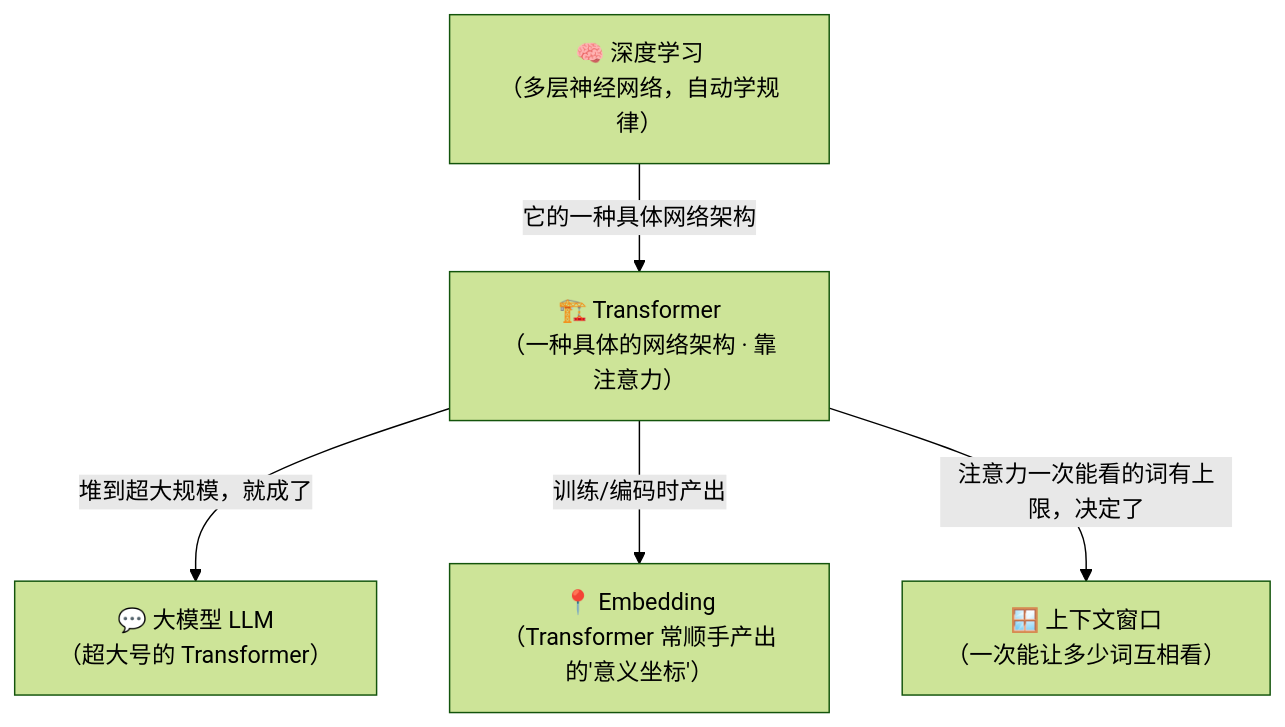
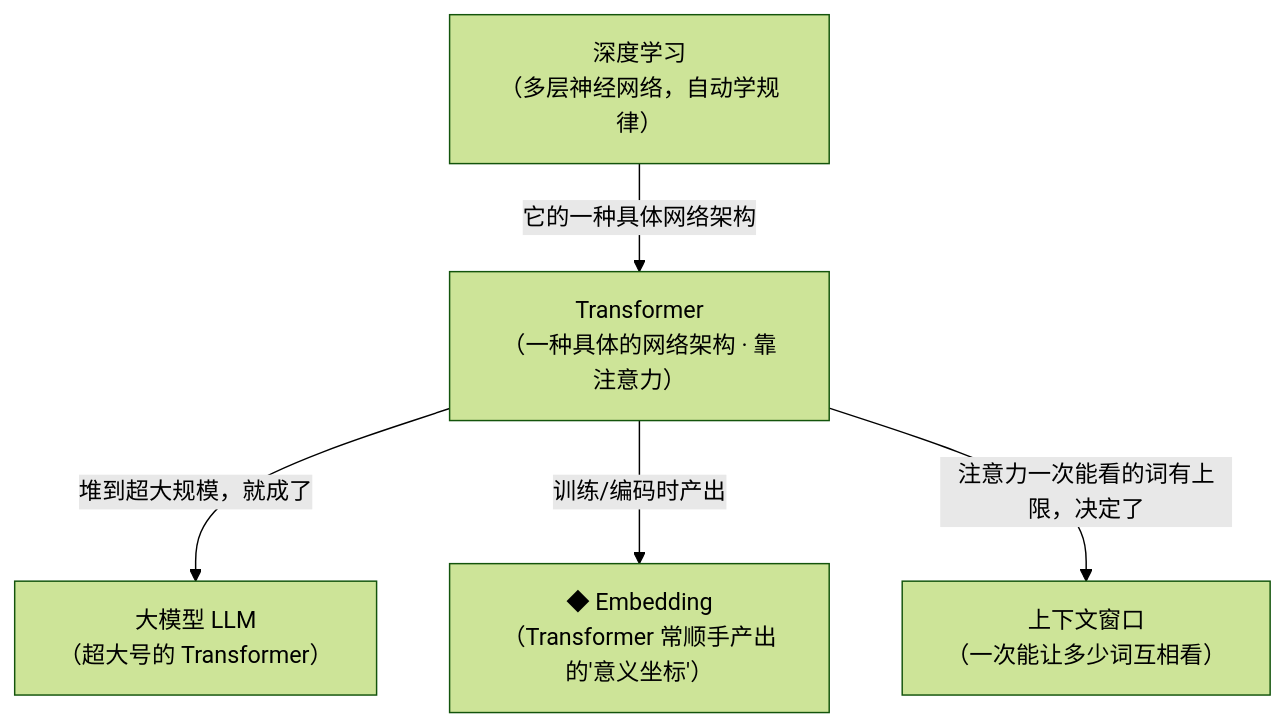
The fifth of 5 diagrams in docs/02_CONCEPTS_概念入门/CONCEPT/[CONCEPT-14] 什么是Transformer-变换器.md (luckykhy/KhyAiHub), drawn with Mermaid (forest theme) before and after one commit. The commit also changed other lines of this file and 19 other files, not shown here.

````diff
--- a/docs/02_CONCEPTS_概念入门/CONCEPT/[CONCEPT-14] 什么是Transformer-变换器.md
+++ b/docs/02_CONCEPTS_概念入门/CONCEPT/[CONCEPT-14] 什么是Transformer-变换器.md
@@ -277,12 +277,12 @@
 ```mermaid
 flowchart TB
-  DL["🧠 深度学习<br/>（多层神经网络，自动学规律）"]
-  TF["🏗️ Transformer<br/>（一种具体的网络架构 · 靠注意力）"]
-  LLM["💬 大模型 LLM<br/>（超大号的 Transformer）"]
-  EMB["📍 Embedding<br/>（Transformer 常顺手产出的'意义坐标'）"]
-  CTX["🪟 上下文窗口<br/>（一次能让多少词互相看）"]
+  DL["深度学习<br/>（多层神经网络，自动学规律）"]
+  TF["Transformer<br/>（一种具体的网络架构 · 靠注意力）"]
+  LLM["大模型 LLM<br/>（超大号的 Transformer）"]
+  EMB["◆ Embedding<br/>（Transformer 常顺手产出的'意义坐标'）"]
+  CTX["上下文窗口<br/>（一次能让多少词互相看）"]
   DL -- "它的一种具体网络架构" --> TF
   TF -- "堆到超大规模，就成了" --> LLM
   TF -- "训练/编码时产出" --> EMB
   TF -- "注意力一次能看的词有上限，决定了" --> CTX
 ```
````
